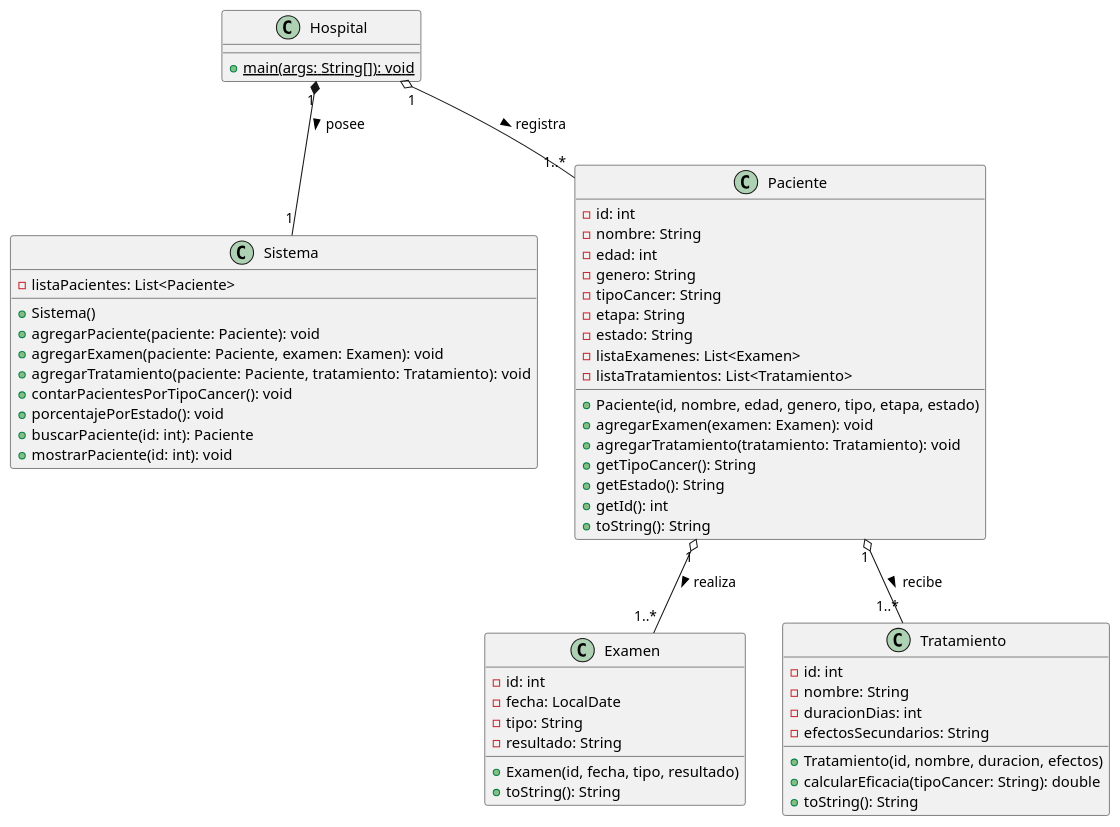
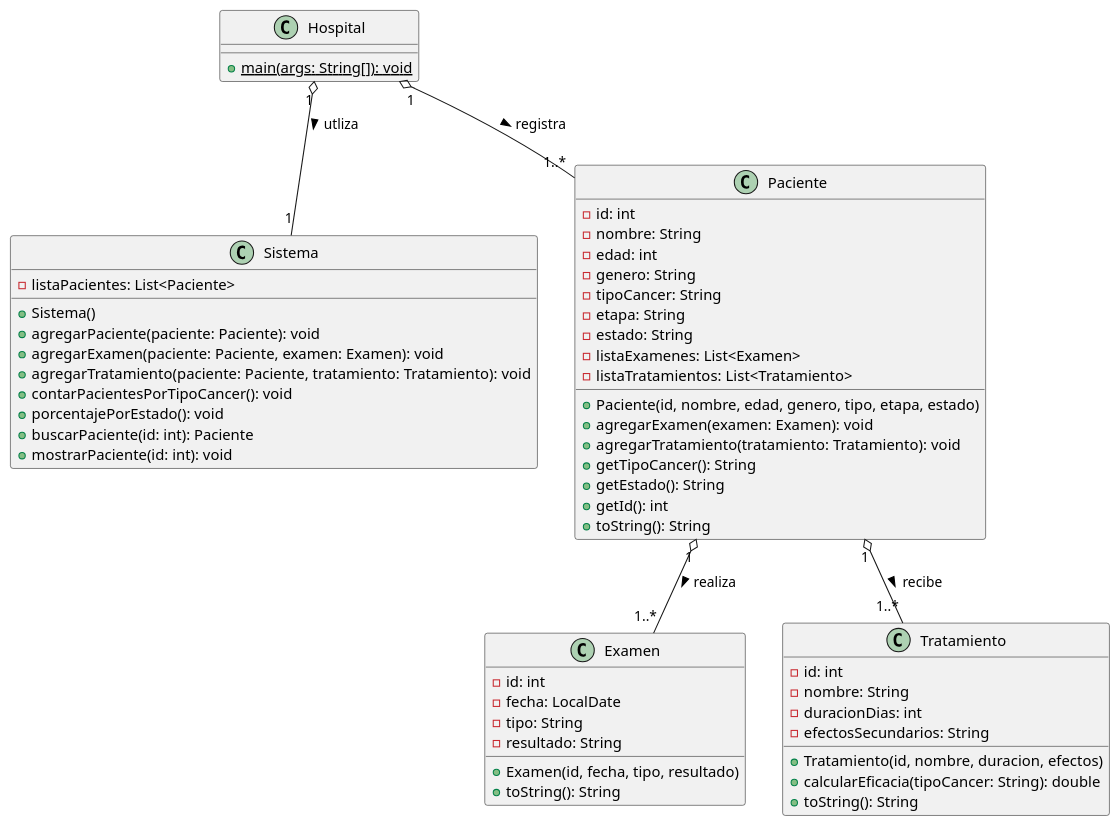
The diagram in Actividad4/src/ejercicio1/Diagrama.plantuml (NegroWilmer/HospitalJave), drawn with PlantUML before and after one commit.

```diff
--- a/Actividad4/src/ejercicio1/Diagrama.plantuml
+++ b/Actividad4/src/ejercicio1/Diagrama.plantuml
@@ -1,69 +1,69 @@
 @startuml
 
 class Hospital {
     + {static} main(args: String[]): void
 }
 
 class Sistema {
     - listaPacientes: List<Paciente>
     + Sistema()
     + agregarPaciente(paciente: Paciente): void
     + agregarExamen(paciente: Paciente, examen: Examen): void
     + agregarTratamiento(paciente: Paciente, tratamiento: Tratamiento): void
     + contarPacientesPorTipoCancer(): void
     + porcentajePorEstado(): void
     + buscarPaciente(id: int): Paciente
     + mostrarPaciente(id: int): void
 }
 
 class Paciente {
     - id: int
     - nombre: String
     - edad: int
     - genero: String
     - tipoCancer: String
     - etapa: String
     - estado: String
     - listaExamenes: List<Examen>
     - listaTratamientos: List<Tratamiento>
     + Paciente(id, nombre, edad, genero, tipo, etapa, estado)
     + agregarExamen(examen: Examen): void
     + agregarTratamiento(tratamiento: Tratamiento): void
     + getTipoCancer(): String
     + getEstado(): String
     + getId(): int
     + toString(): String
 }
 
 class Examen {
     - id: int
     - fecha: LocalDate
     - tipo: String
     - resultado: String
     + Examen(id, fecha, tipo, resultado)
     + toString(): String
 }
 
 class Tratamiento {
     - id: int
     - nombre: String
     - duracionDias: int
     - efectosSecundarios: String
     + Tratamiento(id, nombre, duracion, efectos)
     + calcularEficacia(tipoCancer: String): double
     + toString(): String
 }
 
 ' --- RELACIONES ---
 
-' Composición 1 a 1
-Hospital "1" *-- "1" Sistema : posee >
+' Agregacion 1 a 1
+Hospital "1" o-- "1" Sistema : utliza >
 
-' Agregación 1 a Muchos (Rombo hacia el Hospital)
+' Agregación 1 a Muchos 
 Hospital "1" o-- "1..*" Paciente : registra >
 
-' Agregación 1 a Muchos (Rombo hacia el Paciente)
+' Agregación 1 a Muchos 
 Paciente "1" o-- "1..*" Examen : realiza >
 Paciente "1" o-- "1..*" Tratamiento : recibe >
 
 @enduml
```
